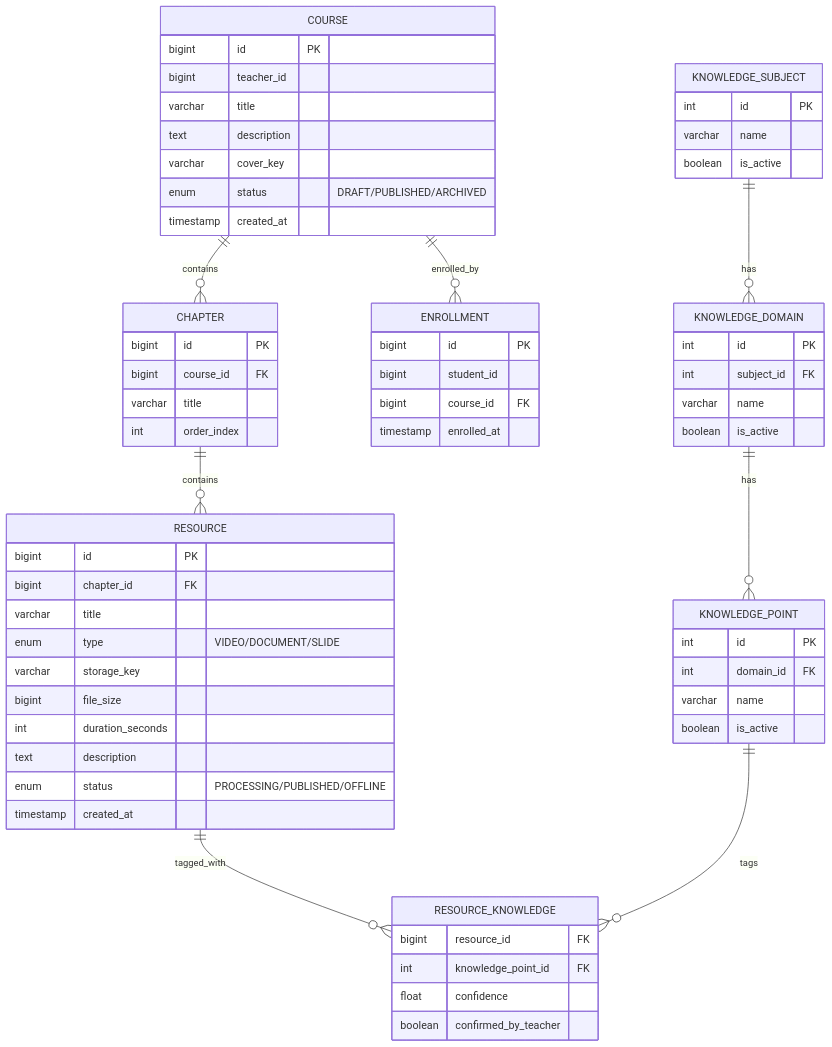
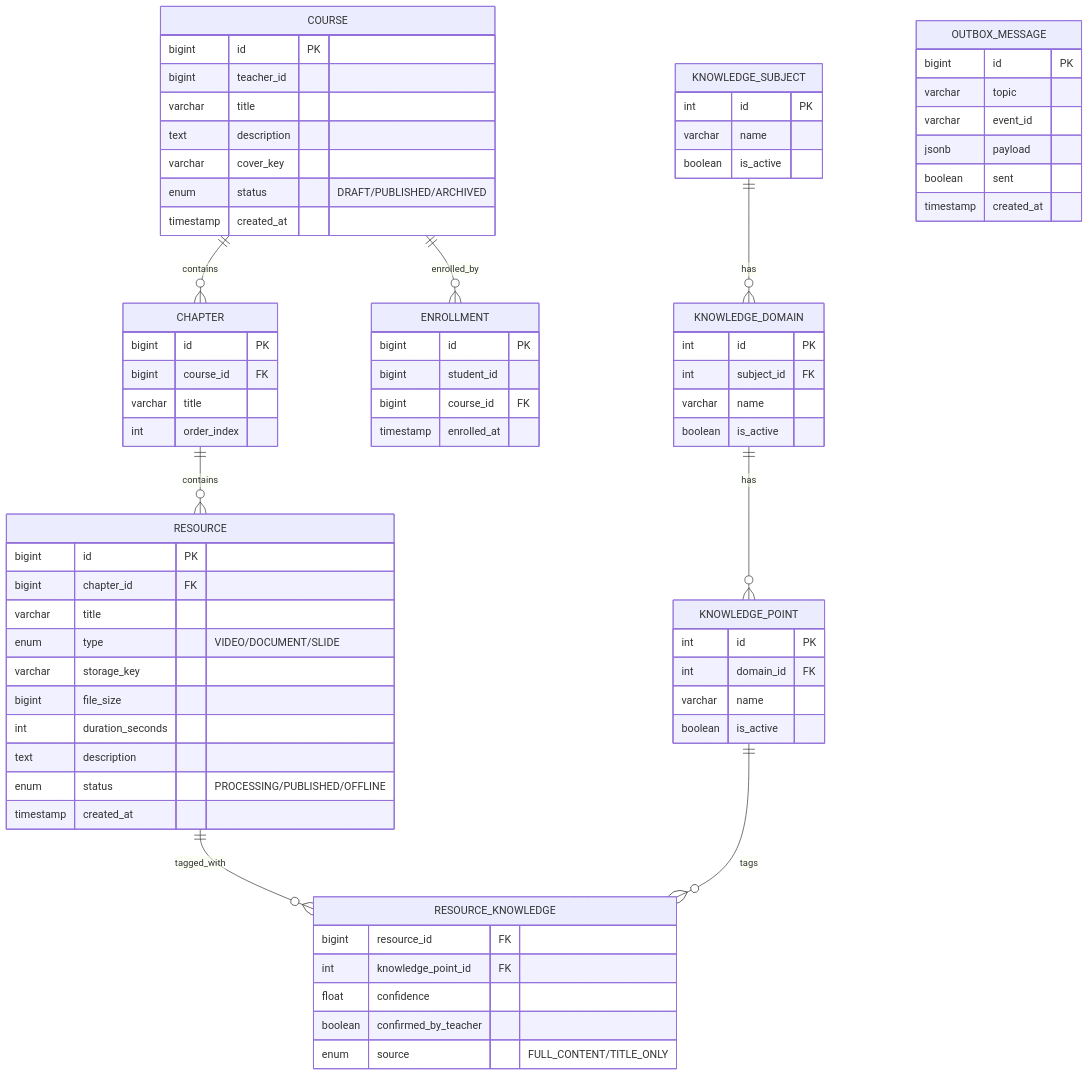
One commit to xice-1201/CloudTeachingAI changed the fourth of 23 diagrams in docs/design/SDD-CloudTeachingAI.md. Above: the diagram before and after it, drawn with Mermaid. The commit also changed other lines of this file, not shown here.

````diff
--- a/docs/design/SDD-CloudTeachingAI.md
+++ b/docs/design/SDD-CloudTeachingAI.md
@@ -403,66 +425,75 @@
 ```mermaid
 erDiagram
     COURSE {
         bigint id PK
         bigint teacher_id
         varchar title
         text description
         varchar cover_key
         enum status "DRAFT/PUBLISHED/ARCHIVED"
         timestamp created_at
     }
     CHAPTER {
         bigint id PK
         bigint course_id FK
         varchar title
         int order_index
     }
     RESOURCE {
         bigint id PK
         bigint chapter_id FK
         varchar title
         enum type "VIDEO/DOCUMENT/SLIDE"
         varchar storage_key
         bigint file_size
         int duration_seconds
         text description
         enum status "PROCESSING/PUBLISHED/OFFLINE"
         timestamp created_at
     }
     KNOWLEDGE_SUBJECT {
         int id PK
         varchar name
         boolean is_active
     }
     KNOWLEDGE_DOMAIN {
         int id PK
         int subject_id FK
         varchar name
         boolean is_active
     }
     KNOWLEDGE_POINT {
         int id PK
         int domain_id FK
         varchar name
         boolean is_active
     }
     RESOURCE_KNOWLEDGE {
         bigint resource_id FK
         int knowledge_point_id FK
         float confidence
         boolean confirmed_by_teacher
+        enum source "FULL_CONTENT/TITLE_ONLY"
     }
     ENROLLMENT {
         bigint id PK
         bigint student_id
         bigint course_id FK
         timestamp enrolled_at
     }
     COURSE ||--o{ CHAPTER : "contains"
     CHAPTER ||--o{ RESOURCE : "contains"
     RESOURCE ||--o{ RESOURCE_KNOWLEDGE : "tagged_with"
     KNOWLEDGE_POINT ||--o{ RESOURCE_KNOWLEDGE : "tags"
     KNOWLEDGE_SUBJECT ||--o{ KNOWLEDGE_DOMAIN : "has"
     KNOWLEDGE_DOMAIN ||--o{ KNOWLEDGE_POINT : "has"
     COURSE ||--o{ ENROLLMENT : "enrolled_by"
+    OUTBOX_MESSAGE {
+        bigint id PK
+        varchar topic
+        varchar event_id
+        jsonb payload
+        boolean sent
+        timestamp created_at
+    }
 ```
````
